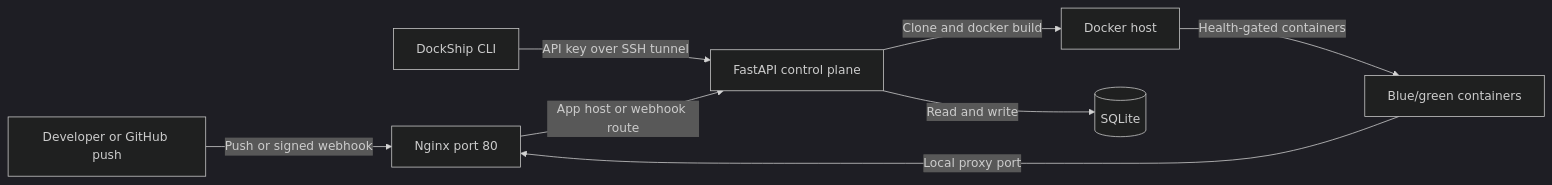
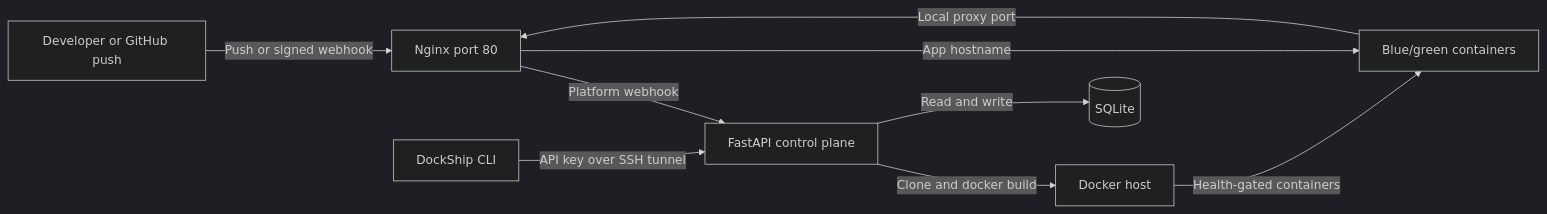
One commit to RAJPRASHUL/DockShip changed the diagram in README.md. Above: the diagram before and after it, drawn with Mermaid (dark theme). The commit also changed other lines of this file and 1 other file, not shown here.

````diff
--- a/README.md
+++ b/README.md
@@ -33,10 +127,11 @@
 ```mermaid
 flowchart LR
     Developer[Developer or GitHub push] -->|Push or signed webhook| Nginx[Nginx port 80]
     CLI[DockShip CLI] -->|API key over SSH tunnel| API[FastAPI control plane]
-    Nginx -->|App host or webhook route| API
+    Nginx -->|Platform webhook| API
+    Nginx -->|App hostname| Release
     API -->|Clone and docker build| Docker[Docker host]
     Docker -->|Health-gated containers| Release[Blue/green containers]
     Release -->|Local proxy port| Nginx
     API -->|Read and write| SQLite[(SQLite)]
 ```
````
